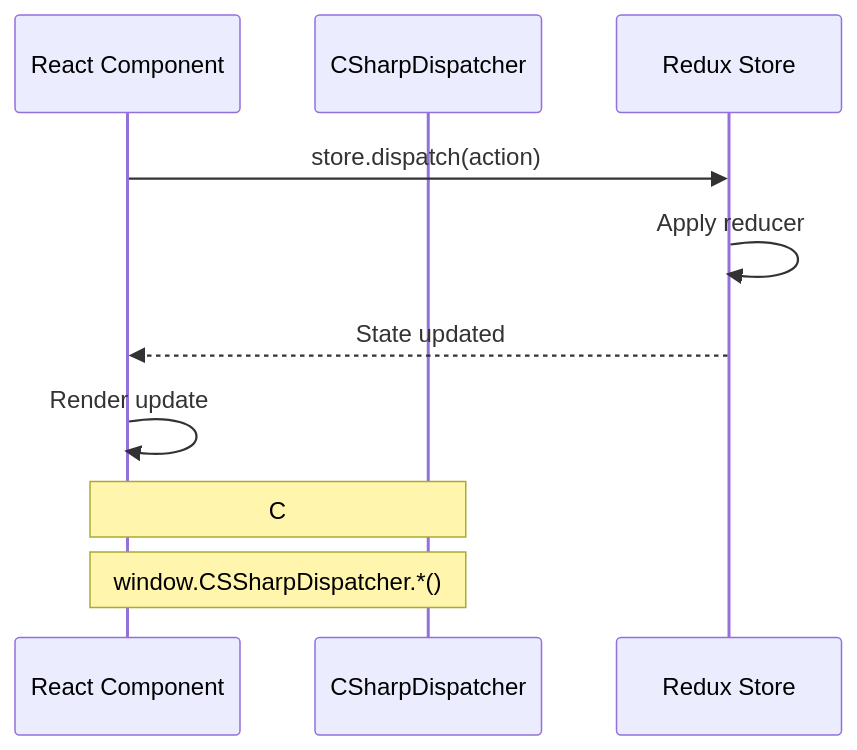
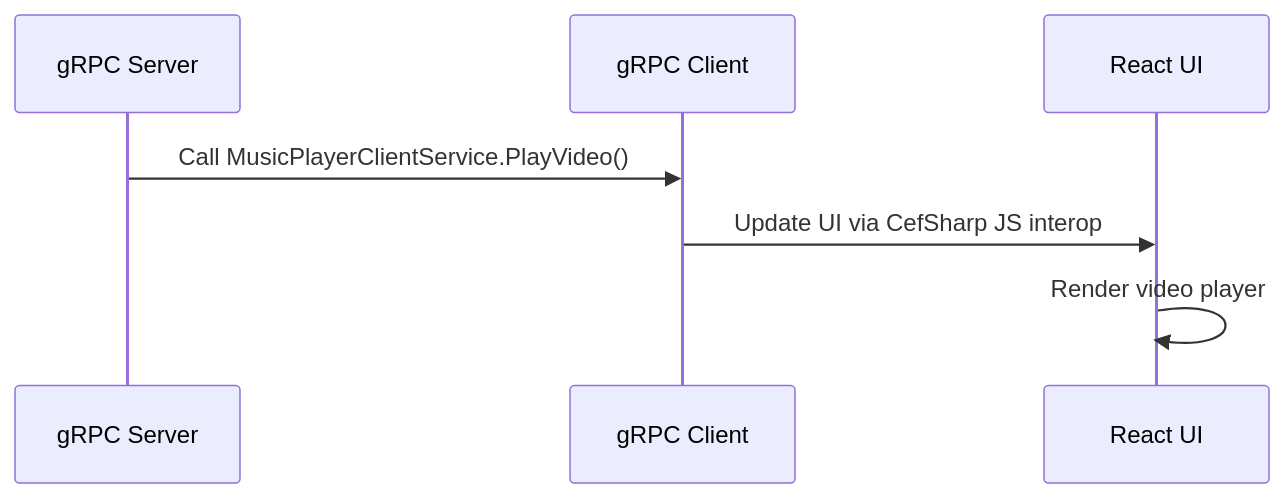
Diagram 13 of 13 in docs/HOW-IT-WORKS.md (Dinand01/MusicPlayer), drawn with Mermaid before and after one commit. The commit also changed other lines of this file and 30 other files, not shown here.

````diff
--- a/docs/HOW-IT-WORKS.md
+++ b/docs/HOW-IT-WORKS.md
@@ -549,14 +492,10 @@
 ```mermaid
 sequenceDiagram
-    participant React as React Component
-    participant Dispatcher as CSharpDispatcher
-    participant Store as Redux Store
+    participant Server as gRPC Server
+    participant Client as gRPC Client
+    participant React as React UI
 
-    React->>Store: store.dispatch(action)
-    Store->>Store: Apply reducer
-    Store-->>React: State updated
-    React->>React: Render update
-    
-    Note over React,Dispatcher: C# backend also calls:
-    Note over React,Dispatcher: window.CSSharpDispatcher.*()
+    Server->>Client: Call MusicPlayerClientService.PlayVideo()
+    Client->>React: Update UI via CefSharp JS interop
+    React->>React: Render video player
 ```
````
